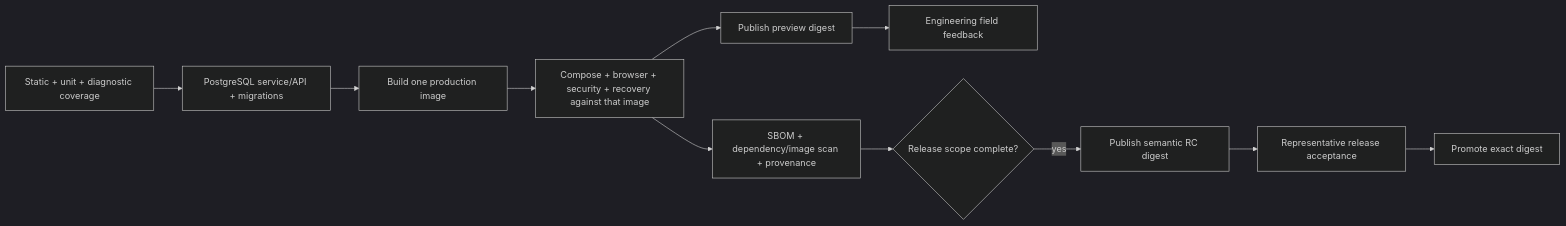
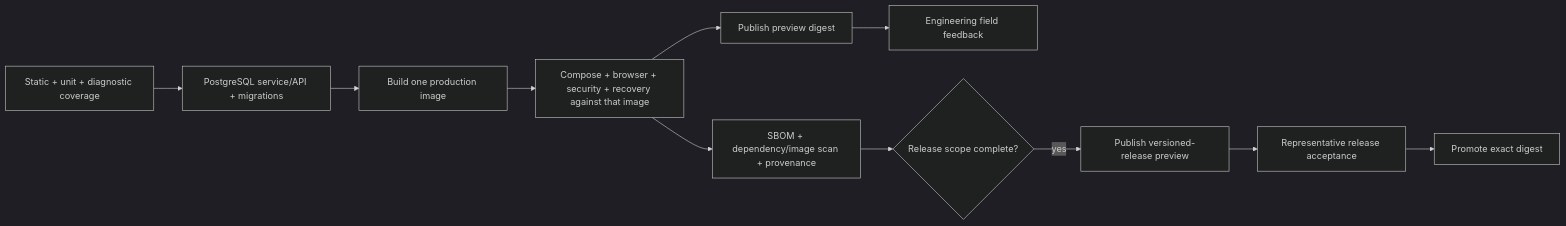
The diagram in docs/quality-strategy.md (tomlawesome/orbit), drawn with Mermaid (dark theme) before and after one commit. The commit also changed other lines of this file and 21 other files, not shown here.

````diff
--- a/docs/quality-strategy.md
+++ b/docs/quality-strategy.md
@@ -85,19 +84,19 @@
 ```mermaid
 flowchart LR
     fast["Static + unit + diagnostic coverage"]
     integration["PostgreSQL service/API + migrations"]
     build["Build one production image"]
     system["Compose + browser + security + recovery against that image"]
     supply["SBOM + dependency/image scan + provenance"]
     preview["Publish preview digest"]
     feedback["Engineering field feedback"]
     ready{"Release scope complete?"}
-    candidate["Publish semantic RC digest"]
+    releasePreview["Publish versioned-release preview"]
     manual["Representative release acceptance"]
     promote["Promote exact digest"]
 
     fast --> integration --> build --> system
     system --> preview --> feedback
     system --> supply --> ready
-    ready -->|"yes"| candidate --> manual --> promote
+    ready -->|"yes"| releasePreview --> manual --> promote
 ```
````
